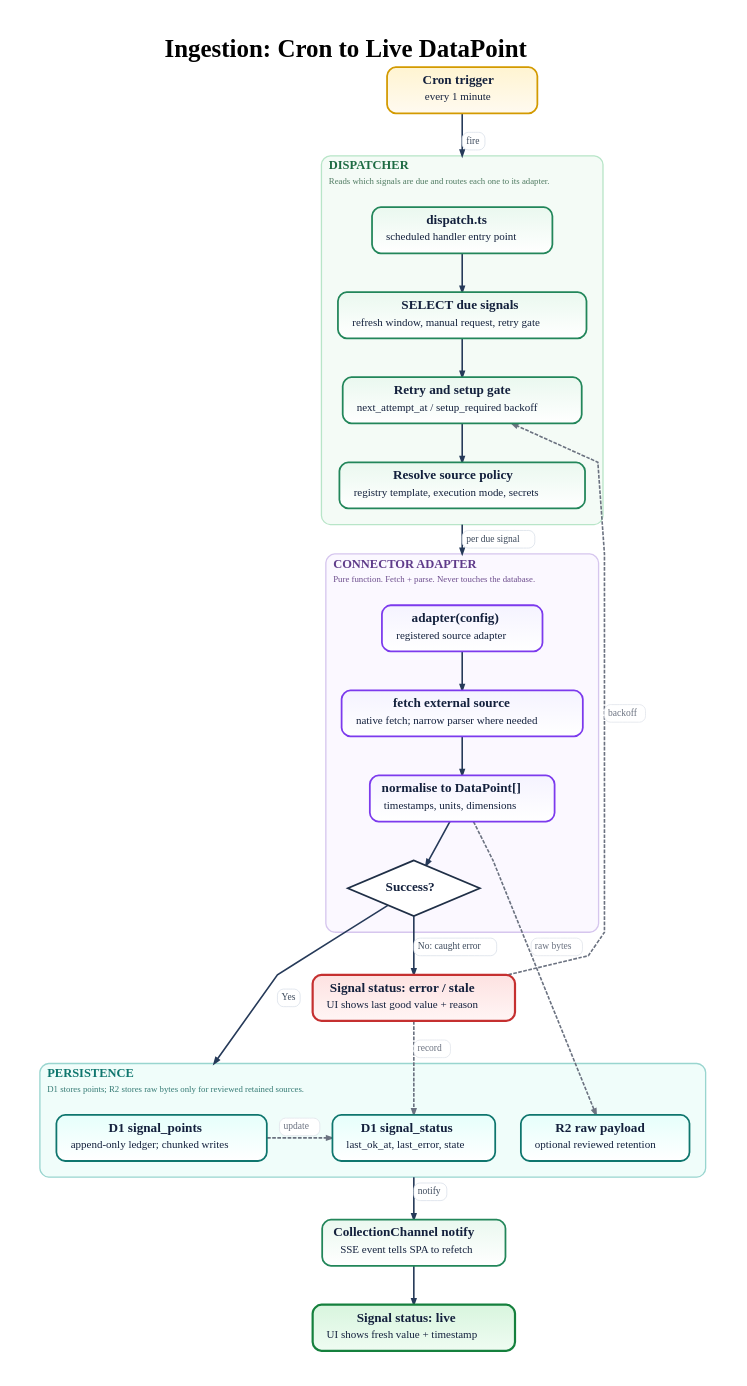
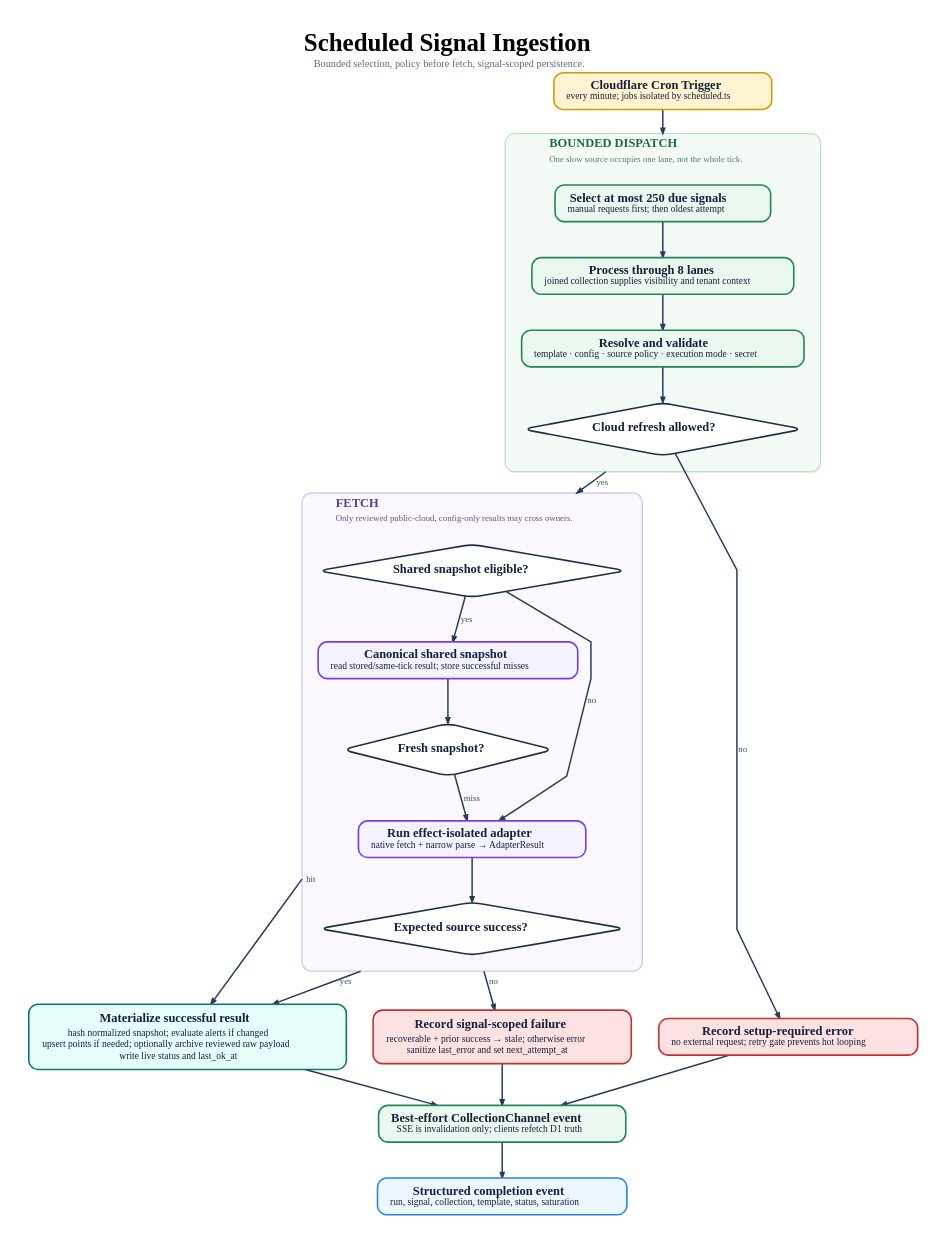
The diagram in docs/diagrams/ingestion-flow.dot (tre-systems/antenna-public), drawn with Graphviz before and after one commit. The commit also changed 459 other files, not shown here.

First line of the commit message:
Sync public release with current architecture (#13)

```diff
--- a/docs/diagrams/ingestion-flow.dot
+++ b/docs/diagrams/ingestion-flow.dot
@@ -2,67 +2,55 @@
   graph [
     rankdir=TB,
     bgcolor="#ffffff",
-    pad="0.55",
-    nodesep="0.48",
-    ranksep="0.72",
+    pad="0.45",
+    nodesep="0.52",
+    ranksep="0.66",
     splines=polyline,
     outputorder=edgesfirst,
     compound=true,
     newrank=true,
-    forcelabels=true,
     fontname="Avenir",
     label=<
       <TABLE BORDER="0" CELLBORDER="0" CELLSPACING="0" CELLPADDING="0">
-        <TR><TD><FONT POINT-SIZE="34"><B>Ingestion: Cron to Live DataPoint</B></FONT></TD></TR>
+        <TR><TD><FONT POINT-SIZE="34"><B>Scheduled Signal Ingestion</B></FONT></TD></TR>
+        <TR><TD><FONT POINT-SIZE="14" COLOR="#5b6b80">Bounded selection, policy before fetch, signal-scoped persistence.</FONT></TD></TR>
       </TABLE>
     >,
-    labelloc=t,
-    labeljust=c
+    labelloc=t
   ];
 
   node [
     shape=box,
     style="rounded,filled",
-    margin="0.21,0.13",
-    width=2.85,
-    height=0.74,
-    fixedsize=false,
+    margin="0.24,0.14",
+    width=3.1,
     fontname="Avenir",
-    fontsize=18,
-    penwidth=2.4,
+    fontsize=17,
+    penwidth=2.2,
     fontcolor="#14213d",
-    color="#2264c7",
-    fillcolor="#eaf3ff:#ffffff",
-    gradientangle=270
+    color="#22865a",
+    fillcolor="#eaf8ef"
   ];
 
   edge [
     color="#263a59",
     fontname="Avenir",
-    fontsize=13,
+    fontsize=12,
     fontcolor="#3d4a5c",
-    penwidth=2.2,
-    arrowsize=0.78
+    penwidth=2.0,
+    arrowsize=0.75
   ];
 
-  // ---- Trigger ----
-  T1 [
-    label=<<TABLE BORDER="0" CELLBORDER="0" CELLSPACING="0" CELLPADDING="0"><TR><TD><B>Cron trigger</B></TD></TR><TR><TD CELLPADDING="4"><FONT POINT-SIZE="15">every 1 minute</FONT></TD></TR></TABLE>>,
-    fillcolor="#fff4d1:#fffaf0",
-    color="#d39a00"
-  ];
+  CRON [label=<<B>Cloudflare Cron Trigger</B><BR/><FONT POINT-SIZE="13">every minute; jobs isolated by scheduled.ts</FONT>>, color="#d39a00", fillcolor="#fff4d1"];
 
-  // ---- Dispatcher ----
   subgraph cluster_dispatch {
     graph [
       label=<
         <TABLE BORDER="0" CELLBORDER="0" CELLSPACING="0" CELLPADDING="2">
-          <TR><TD ALIGN="LEFT"><FONT POINT-SIZE="17" COLOR="#1e6b43"><B>DISPATCHER</B></FONT></TD></TR>
-          <TR><TD ALIGN="LEFT"><FONT POINT-SIZE="12" COLOR="#4e7a61">Reads which signals are due and routes each one to its adapter.</FONT></TD></TR>
+          <TR><TD ALIGN="LEFT"><FONT POINT-SIZE="17" COLOR="#1e6b43"><B>BOUNDED DISPATCH</B></FONT></TD></TR>
+          <TR><TD ALIGN="LEFT"><FONT POINT-SIZE="12" COLOR="#4e7a61">One slow source occupies one lane, not the whole tick.</FONT></TD></TR>
         </TABLE>
       >,
-      labelloc=t,
-      labeljust=l,
       color="#b8e5c8",
       fillcolor="#f4fbf6",
       style="rounded,filled",
@@ -70,25 +58,22 @@
       margin=22
     ];
 
-    D1 [label=<<TABLE BORDER="0" CELLBORDER="0" CELLSPACING="0" CELLPADDING="0"><TR><TD><B>dispatch.ts</B></TD></TR><TR><TD CELLPADDING="4"><FONT POINT-SIZE="15">scheduled handler entry point</FONT></TD></TR></TABLE>>, fillcolor="#eaf8ef:#ffffff", color="#22865a"];
-    D2 [label=<<TABLE BORDER="0" CELLBORDER="0" CELLSPACING="0" CELLPADDING="0"><TR><TD><B>SELECT due signals</B></TD></TR><TR><TD CELLPADDING="4"><FONT POINT-SIZE="15">refresh window, manual request, retry gate</FONT></TD></TR></TABLE>>, fillcolor="#eaf8ef:#ffffff", color="#22865a"];
-    D4 [label=<<TABLE BORDER="0" CELLBORDER="0" CELLSPACING="0" CELLPADDING="0"><TR><TD><B>Retry and setup gate</B></TD></TR><TR><TD CELLPADDING="4"><FONT POINT-SIZE="15">next_attempt_at / setup_required backoff</FONT></TD></TR></TABLE>>, fillcolor="#eaf8ef:#ffffff", color="#22865a"];
-    D3 [label=<<TABLE BORDER="0" CELLBORDER="0" CELLSPACING="0" CELLPADDING="0"><TR><TD><B>Resolve source policy</B></TD></TR><TR><TD CELLPADDING="4"><FONT POINT-SIZE="15">registry template, execution mode, secrets</FONT></TD></TR></TABLE>>, fillcolor="#eaf8ef:#ffffff", color="#22865a"];
+    DUE [label=<<B>Select at most 250 due signals</B><BR/><FONT POINT-SIZE="13">manual requests first; then oldest attempt</FONT>>];
+    LANES [label=<<B>Process through 8 lanes</B><BR/><FONT POINT-SIZE="13">joined collection supplies visibility and tenant context</FONT>>];
+    GUARD [label=<<B>Resolve and validate</B><BR/><FONT POINT-SIZE="13">template · config · source policy · execution mode · secret</FONT>>];
+    ELIGIBLE [label=<<B>Cloud refresh allowed?</B>>, shape=diamond, width=3.0, height=1.0, color="#1f2f46", fillcolor="#ffffff"];
 
-    D1 -> D2 -> D4 -> D3;
+    DUE -> LANES -> GUARD -> ELIGIBLE;
   }
 
-  // ---- Adapter ----
-  subgraph cluster_adapter {
+  subgraph cluster_fetch {
     graph [
       label=<
         <TABLE BORDER="0" CELLBORDER="0" CELLSPACING="0" CELLPADDING="2">
-          <TR><TD ALIGN="LEFT"><FONT POINT-SIZE="17" COLOR="#5f3b8a"><B>CONNECTOR ADAPTER</B></FONT></TD></TR>
-          <TR><TD ALIGN="LEFT"><FONT POINT-SIZE="12" COLOR="#6d4d8d">Pure function. Fetch + parse. Never touches the database.</FONT></TD></TR>
+          <TR><TD ALIGN="LEFT"><FONT POINT-SIZE="17" COLOR="#5f3b8a"><B>FETCH</B></FONT></TD></TR>
+          <TR><TD ALIGN="LEFT"><FONT POINT-SIZE="12" COLOR="#6d4d8d">Only reviewed public-cloud, config-only results may cross owners.</FONT></TD></TR>
         </TABLE>
       >,
-      labelloc=t,
-      labeljust=l,
       color="#d6c6ee",
       fillcolor="#fbf8ff",
       style="rounded,filled",
@@ -96,81 +81,52 @@
       margin=22
     ];
 
-    A1 [label=<<TABLE BORDER="0" CELLBORDER="0" CELLSPACING="0" CELLPADDING="0"><TR><TD><B>adapter(config)</B></TD></TR><TR><TD CELLPADDING="4"><FONT POINT-SIZE="15">registered source adapter</FONT></TD></TR></TABLE>>, fillcolor="#f5f3ff:#ffffff", color="#7c3aed"];
-    A2 [
-      label=<<TABLE BORDER="0" CELLBORDER="0" CELLSPACING="0" CELLPADDING="0"><TR><TD><B>fetch external source</B></TD></TR><TR><TD CELLPADDING="4"><FONT POINT-SIZE="15">native fetch; narrow parser where needed</FONT></TD></TR></TABLE>>,
-      fillcolor="#f5f3ff:#ffffff",
-      color="#7c3aed"
-    ];
-    A3 [label=<<TABLE BORDER="0" CELLBORDER="0" CELLSPACING="0" CELLPADDING="0"><TR><TD><B>normalise to DataPoint[]</B></TD></TR><TR><TD CELLPADDING="4"><FONT POINT-SIZE="15">timestamps, units, dimensions</FONT></TD></TR></TABLE>>, fillcolor="#f5f3ff:#ffffff", color="#7c3aed"];
-    A4 [
-      label=<<B>Success?</B>>,
-      shape=diamond,
-      style=filled,
-      width=2.5,
-      height=1.05,
-      fillcolor="#ffffff",
-      color="#1f2f46",
-      penwidth=2.4
-    ];
+    SHAREABLE [label=<<B>Shared snapshot eligible?</B>>, shape=diamond, width=3.0, height=1.0, color="#1f2f46", fillcolor="#ffffff"];
+    CACHE [label=<<B>Canonical shared snapshot</B><BR/><FONT POINT-SIZE="13">read stored/same-tick result; store successful misses</FONT>>, color="#7c3aed", fillcolor="#f5f3ff"];
+    HIT [label=<<B>Fresh snapshot?</B>>, shape=diamond, width=2.7, height=1.0, color="#1f2f46", fillcolor="#ffffff"];
+    ADAPTER [label=<<B>Run effect-isolated adapter</B><BR/><FONT POINT-SIZE="13">native fetch + narrow parse → AdapterResult</FONT>>, color="#7c3aed", fillcolor="#f5f3ff"];
+    RESULT [label=<<B>Expected source success?</B>>, shape=diamond, width=3.2, height=1.0, color="#1f2f46", fillcolor="#ffffff"];
 
-    A1 -> A2 -> A3 -> A4;
+    SHAREABLE -> CACHE [label="yes"];
+    CACHE -> HIT;
+    HIT -> ADAPTER [label="miss"];
+    SHAREABLE -> ADAPTER [label="no"];
+    ADAPTER -> RESULT;
   }
 
-  // ---- Persistence ----
-  subgraph cluster_persist {
-    graph [
-      label=<
-        <TABLE BORDER="0" CELLBORDER="0" CELLSPACING="0" CELLPADDING="2">
-          <TR><TD ALIGN="LEFT"><FONT POINT-SIZE="17" COLOR="#0f766e"><B>PERSISTENCE</B></FONT></TD></TR>
-          <TR><TD ALIGN="LEFT"><FONT POINT-SIZE="12" COLOR="#357a74">D1 stores points; R2 stores raw bytes only for reviewed retained sources.</FONT></TD></TR>
-        </TABLE>
-      >,
-      labelloc=t,
-      labeljust=l,
-      color="#99d5cf",
-      fillcolor="#f0fdfa",
-      style="rounded,filled",
-      penwidth=1.8,
-      margin=22
-    ];
+  SUCCESS [label=<
+    <TABLE BORDER="0" CELLBORDER="0" CELLSPACING="0" CELLPADDING="1">
+      <TR><TD><B>Materialize successful result</B></TD></TR>
+      <TR><TD><FONT POINT-SIZE="13">hash normalized snapshot; evaluate alerts if changed</FONT></TD></TR>
+      <TR><TD><FONT POINT-SIZE="13">upsert points if needed; optionally archive reviewed raw payload</FONT></TD></TR>
+      <TR><TD><FONT POINT-SIZE="13">write live status and last_ok_at</FONT></TD></TR>
+    </TABLE>
+  >, color="#0f766e", fillcolor="#e6fffb"];
 
-    PT1 [label=<<TABLE BORDER="0" CELLBORDER="0" CELLSPACING="0" CELLPADDING="0"><TR><TD><B>D1 signal_points</B></TD></TR><TR><TD CELLPADDING="4"><FONT POINT-SIZE="15">append-only ledger; chunked writes</FONT></TD></TR></TABLE>>, fillcolor="#e6fffb:#ffffff", color="#0f766e"];
-    PT2 [label=<<TABLE BORDER="0" CELLBORDER="0" CELLSPACING="0" CELLPADDING="0"><TR><TD><B>R2 raw payload</B></TD></TR><TR><TD CELLPADDING="4"><FONT POINT-SIZE="15">optional reviewed retention</FONT></TD></TR></TABLE>>, fillcolor="#e6fffb:#ffffff", color="#0f766e"];
-    PT3 [label=<<TABLE BORDER="0" CELLBORDER="0" CELLSPACING="0" CELLPADDING="0"><TR><TD><B>D1 signal_status</B></TD></TR><TR><TD CELLPADDING="4"><FONT POINT-SIZE="15">last_ok_at, last_error, state</FONT></TD></TR></TABLE>>, fillcolor="#e6fffb:#ffffff", color="#0f766e"];
+  FAILURE [label=<
+    <TABLE BORDER="0" CELLBORDER="0" CELLSPACING="0" CELLPADDING="1">
+      <TR><TD><B>Record signal-scoped failure</B></TD></TR>
+      <TR><TD><FONT POINT-SIZE="13">recoverable + prior success → stale; otherwise error</FONT></TD></TR>
+      <TR><TD><FONT POINT-SIZE="13">sanitize last_error and set next_attempt_at</FONT></TD></TR>
+    </TABLE>
+  >, color="#c53030", fillcolor="#fde2e1"];
 
-    { rank=same; PT1; PT2; PT3; }
-  }
+  BLOCKED [label=<<B>Record setup-required error</B><BR/><FONT POINT-SIZE="13">no external request; retry gate prevents hot looping</FONT>>, color="#c53030", fillcolor="#fde2e1"];
 
-  // ---- Outcomes ----
-  OK [
-    label=<<TABLE BORDER="0" CELLBORDER="0" CELLSPACING="0" CELLPADDING="0"><TR><TD><B>Signal status: live</B></TD></TR><TR><TD CELLPADDING="4"><FONT POINT-SIZE="15">UI shows fresh value + timestamp</FONT></TD></TR></TABLE>>,
-    fillcolor="#d8f5de:#effcf2",
-    color="#15803d",
-    penwidth=3.0
-  ];
-  ERR [
-    label=<<TABLE BORDER="0" CELLBORDER="0" CELLSPACING="0" CELLPADDING="0"><TR><TD><B>Signal status: error / stale</B></TD></TR><TR><TD CELLPADDING="4"><FONT POINT-SIZE="15">UI shows last good value + reason</FONT></TD></TR></TABLE>>,
-    fillcolor="#fde2e1:#fff5f5",
-    color="#c53030",
-    penwidth=3.0
-  ];
-  SSE [
-    label=<<TABLE BORDER="0" CELLBORDER="0" CELLSPACING="0" CELLPADDING="0"><TR><TD><B>CollectionChannel notify</B></TD></TR><TR><TD CELLPADDING="4"><FONT POINT-SIZE="15">SSE event tells SPA to refetch</FONT></TD></TR></TABLE>>,
-    fillcolor="#eaf8ef:#ffffff",
-    color="#22865a",
-    penwidth=2.4
-  ];
+  NOTIFY [label=<<B>Best-effort CollectionChannel event</B><BR/><FONT POINT-SIZE="13">SSE is invalidation only; clients refetch D1 truth</FONT>>, color="#22865a", fillcolor="#eaf8ef"];
+  LOG [label=<<B>Structured completion event</B><BR/><FONT POINT-SIZE="13">run, signal, collection, template, status, saturation</FONT>>, color="#2f80ed", fillcolor="#edf7ff"];
 
-  // ---- Edges ----
-  T1 -> D1 [lhead=cluster_dispatch, label=<<TABLE BORDER="1" CELLBORDER="0" STYLE="ROUNDED" COLOR="#d7dee8" BGCOLOR="#ffffff" CELLSPACING="0" CELLPADDING="4"><TR><TD><FONT POINT-SIZE="13" COLOR="#3d4a5c">fire</FONT></TD></TR></TABLE>>];
-  D3 -> A1 [ltail=cluster_dispatch, lhead=cluster_adapter, label=<<TABLE BORDER="1" CELLBORDER="0" STYLE="ROUNDED" COLOR="#d7dee8" BGCOLOR="#ffffff" CELLSPACING="0" CELLPADDING="4"><TR><TD><FONT POINT-SIZE="13" COLOR="#3d4a5c">per due signal</FONT></TD></TR></TABLE>>];
-  A4 -> PT1 [label=<<TABLE BORDER="1" CELLBORDER="0" STYLE="ROUNDED" COLOR="#d7dee8" BGCOLOR="#ffffff" CELLSPACING="0" CELLPADDING="4"><TR><TD><FONT POINT-SIZE="13" COLOR="#3d4a5c">Yes</FONT></TD></TR></TABLE>>, lhead=cluster_persist];
-  A3 -> PT2 [label=<<TABLE BORDER="1" CELLBORDER="0" STYLE="ROUNDED" COLOR="#dfe3e9" BGCOLOR="#ffffff" CELLSPACING="0" CELLPADDING="4"><TR><TD><FONT POINT-SIZE="13" COLOR="#6b7280">raw bytes</FONT></TD></TR></TABLE>>, color="#6b7280", fontcolor="#6b7280", style=dashed];
-  PT1 -> PT3 [label=<<TABLE BORDER="1" CELLBORDER="0" STYLE="ROUNDED" COLOR="#dfe3e9" BGCOLOR="#ffffff" CELLSPACING="0" CELLPADDING="4"><TR><TD><FONT POINT-SIZE="13" COLOR="#6b7280">update</FONT></TD></TR></TABLE>>, color="#6b7280", fontcolor="#6b7280", style=dashed];
-  PT3 -> SSE [ltail=cluster_persist, label=<<TABLE BORDER="1" CELLBORDER="0" STYLE="ROUNDED" COLOR="#d7dee8" BGCOLOR="#ffffff" CELLSPACING="0" CELLPADDING="4"><TR><TD><FONT POINT-SIZE="13" COLOR="#3d4a5c">notify</FONT></TD></TR></TABLE>>];
-  SSE -> OK;
-  A4 -> ERR [label=<<TABLE BORDER="1" CELLBORDER="0" STYLE="ROUNDED" COLOR="#d7dee8" BGCOLOR="#ffffff" CELLSPACING="0" CELLPADDING="4"><TR><TD><FONT POINT-SIZE="13" COLOR="#3d4a5c">No: caught error</FONT></TD></TR></TABLE>>];
-  ERR -> PT3 [label=<<TABLE BORDER="1" CELLBORDER="0" STYLE="ROUNDED" COLOR="#dfe3e9" BGCOLOR="#ffffff" CELLSPACING="0" CELLPADDING="4"><TR><TD><FONT POINT-SIZE="13" COLOR="#6b7280">record</FONT></TD></TR></TABLE>>, style=dashed, color="#6b7280", fontcolor="#6b7280"];
-  ERR -> D4 [label=<<TABLE BORDER="1" CELLBORDER="0" STYLE="ROUNDED" COLOR="#dfe3e9" BGCOLOR="#ffffff" CELLSPACING="0" CELLPADDING="4"><TR><TD><FONT POINT-SIZE="13" COLOR="#6b7280">backoff</FONT></TD></TR></TABLE>>, style=dashed, color="#6b7280", fontcolor="#6b7280", constraint=false];
+  CRON -> DUE [lhead=cluster_dispatch];
+  ELIGIBLE -> SHAREABLE [label="yes", ltail=cluster_dispatch, lhead=cluster_fetch];
+  ELIGIBLE -> BLOCKED [label="no"];
+  HIT -> SUCCESS [label="hit", ltail=cluster_fetch];
+  RESULT -> SUCCESS [label="yes", ltail=cluster_fetch];
+  RESULT -> FAILURE [label="no", ltail=cluster_fetch];
+
+  SUCCESS -> NOTIFY;
+  FAILURE -> NOTIFY;
+  BLOCKED -> NOTIFY;
+  NOTIFY -> LOG;
+
+  { rank=same; SUCCESS; FAILURE; BLOCKED; }
 }
```
